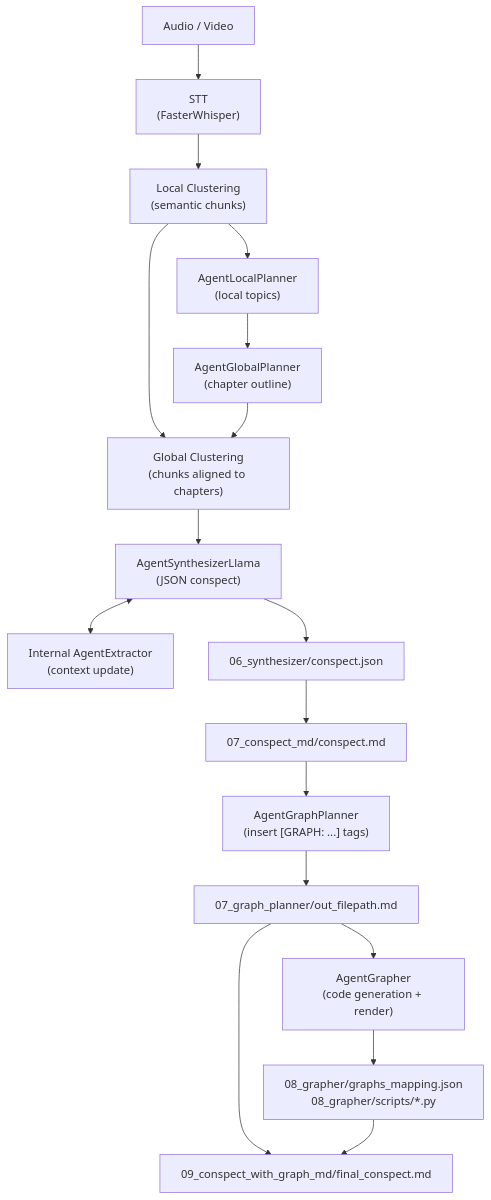
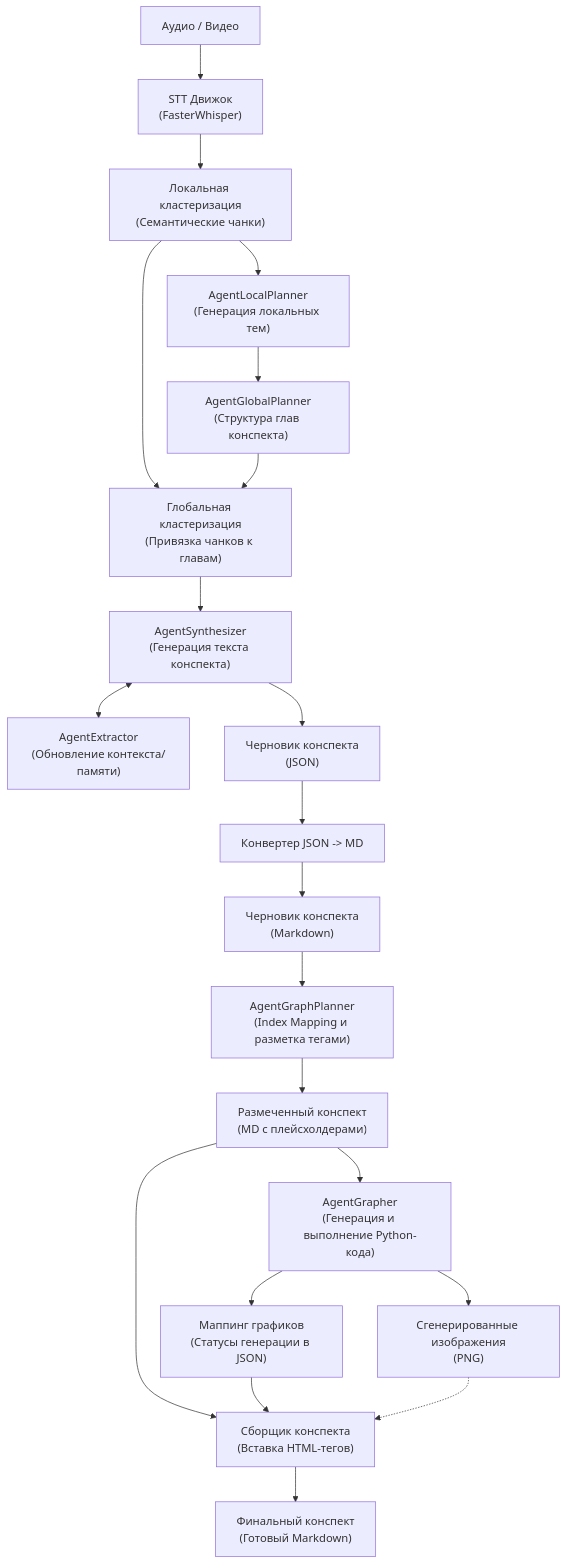
One commit to m4deme1ns4ne/LongConspectWriter changed the diagram in README.ru.md. Above: the diagram before and after it, drawn with Mermaid. The commit also changed other lines of this file and 1 other file, not shown here.

Commit message:
docs: Обновил описание и схему пайплайна

````diff
--- a/README.ru.md
+++ b/README.ru.md
@@ -21,20 +21,37 @@
 ```mermaid
 flowchart TD
-    Audio["Audio / Video"] --> STT["STT<br/>(FasterWhisper)"]
+    %% Входные данные
+    Audio["Аудио / Видео"] --> STT["STT Движок<br/>(FasterWhisper)"]
 
-    STT --> LCluster["Local Clustering<br/>(semantic chunks)"]
-    LCluster --> LPlanner["AgentLocalPlanner<br/>(local topics)"]
-    LPlanner --> GPlanner["AgentGlobalPlanner<br/>(chapter outline)"]
+    %% Кластеризация и планирование
+    STT --> LCluster["Локальная кластеризация<br/>(Семантические чанки)"]
+    LCluster --> LPlanner["AgentLocalPlanner<br/>(Генерация локальных тем)"]
+    LPlanner --> GPlanner["AgentGlobalPlanner<br/>(Структура глав конспекта)"]
+    
+    LCluster --> GCluster["Глобальная кластеризация<br/>(Привязка чанков к главам)"]
+    GPlanner --> GCluster
 
-    LCluster & GPlanner --> GCluster["Global Clustering<br/>(chunks aligned to chapters)"]
-    GCluster --> Synthesizer["AgentSynthesizerLlama<br/>(JSON conspect)"]
-    Synthesizer <--> Extractor["Internal AgentExtractor<br/>(context update)"]
+    %% Синтез текста
+    GCluster --> Synthesizer["AgentSynthesizer<br/>(Генерация текста конспекта)"]
+    Synthesizer <--> Extractor["AgentExtractor<br/>(Обновление контекста/памяти)"]
+    
+    Synthesizer --> DraftJSON["Черновик конспекта<br/>(JSON)"]
+    DraftJSON --> Converter["Конвертер JSON -> MD"]
+    Converter --> DraftMD["Черновик конспекта<br/>(Markdown)"]
 
-    Synthesizer --> JSON["06_synthesizer/conspect.json"]
-    JSON --> MD["07_conspect_md/conspect.md"]
-    MD --> GraphPlanner["AgentGraphPlanner<br/>(insert [GRAPH: ...] tags)"]
-    GraphPlanner --> GraphMD["07_graph_planner/out_filepath.md"]
-    GraphMD --> Grapher["AgentGrapher<br/>(code generation + render)"]
-    Grapher --> GraphMap["08_grapher/graphs_mapping.json<br/>08_grapher/scripts/*.py"]
-    GraphMD & GraphMap --> FinalMD["09_conspect_with_graph_md/final_conspect.md"]
+    %% Мультиагентный визуализатор
+    DraftMD --> GraphPlanner["AgentGraphPlanner<br/>(Index Mapping и разметка тегами)"]
+    GraphPlanner --> TaggedMD["Размеченный конспект<br/>(MD с плейсхолдерами)"]
+    
+    TaggedMD --> Grapher["AgentGrapher<br/>(Генерация и выполнение Python-кода)"]
+    
+    Grapher --> GraphMap["Маппинг графиков<br/>(Статусы генерации в JSON)"]
+    Grapher --> Images["Сгенерированные изображения<br/>(PNG)"]
+
+    %% Финальная сборка
+    TaggedMD --> Stitcher["Сборщик конспекта<br/>(Вставка HTML-тегов)"]
+    GraphMap --> Stitcher
+    Images -.-> Stitcher
+    
+    Stitcher --> FinalMD["Финальный конспект<br/>(Готовый Markdown)"]
 ```
````
